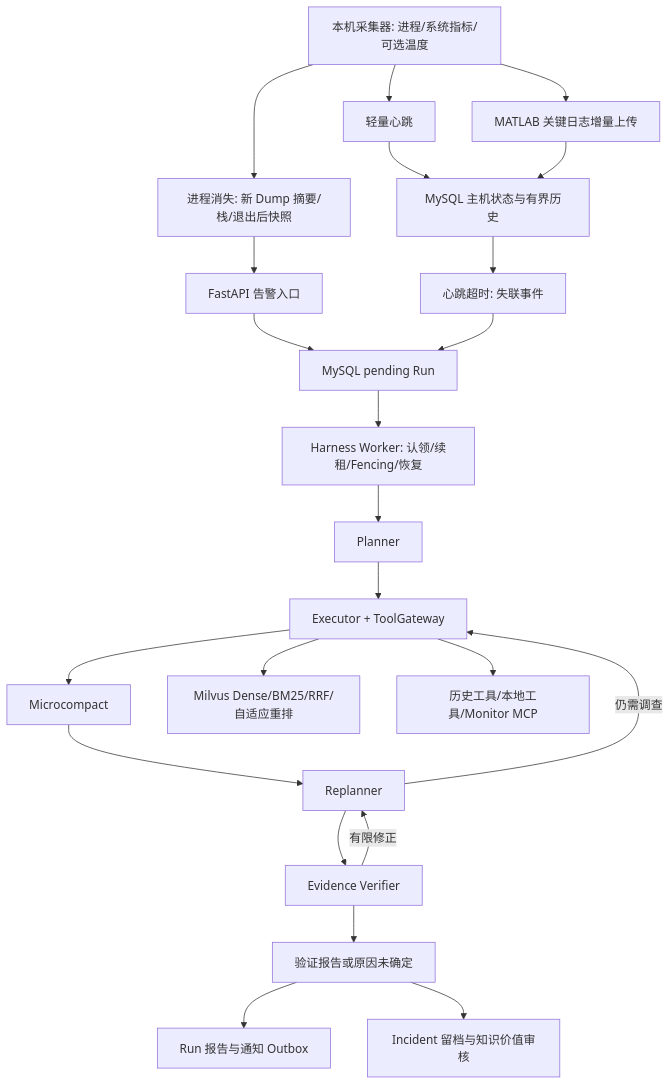
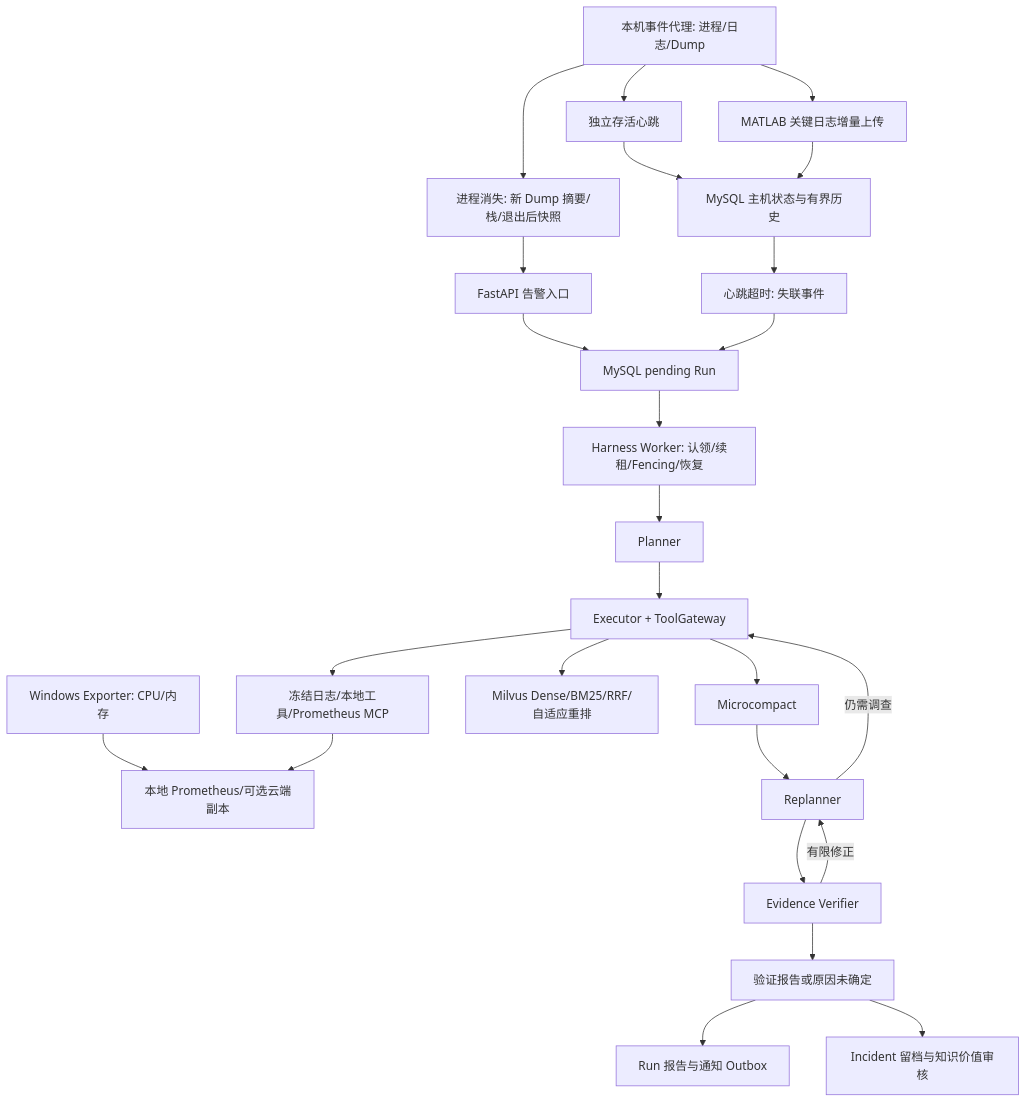
Before and after one commit to zman42586-boop/super_biz_agent_py: the diagram in PROJECT_ANALYSIS.md, drawn with Mermaid. The commit also changed other lines of this file and 50 other files, not shown here.

````diff
--- a/PROJECT_ANALYSIS.md
+++ b/PROJECT_ANALYSIS.md
@@ -11,25 +11,27 @@
 ```mermaid
 flowchart TD
-    C[本机采集器: 进程/系统指标/可选温度] --> HB[轻量心跳]
+    WX[Windows Exporter: CPU/内存] --> PROM[本地 Prometheus/可选云端副本]
+    C[本机事件代理: 进程/日志/Dump] --> HB[独立存活心跳]
     C --> LOG[MATLAB 关键日志增量上传]
     C --> EXIT[进程消失: 新 Dump 摘要/栈/退出后快照]
     HB --> DB[MySQL 主机状态与有界历史]
     LOG --> DB
     EXIT --> API[FastAPI 告警入口]
     DB --> DOWN[心跳超时: 失联事件]
     API --> RUN[MySQL pending Run]
     DOWN --> RUN
     RUN --> W[Harness Worker: 认领/续租/Fencing/恢复]
     W --> P[Planner]
     P --> E[Executor + ToolGateway]
     E --> M[Microcompact]
     M --> R[Replanner]
     R -->|仍需调查| E
     R --> V[Evidence Verifier]
     V -->|有限修正| R
     V --> F[验证报告或原因未确定]
     E --> RAG[Milvus Dense/BM25/RRF/自适应重排]
-    E --> TOOLS[历史工具/本地工具/Monitor MCP]
+    E --> TOOLS[冻结日志/本地工具/Prometheus MCP]
+    TOOLS --> PROM
     F --> RESULT[Run 报告与通知 Outbox]
     F --> MEMORY[Incident 留档与知识价值审核]
 ```
````
